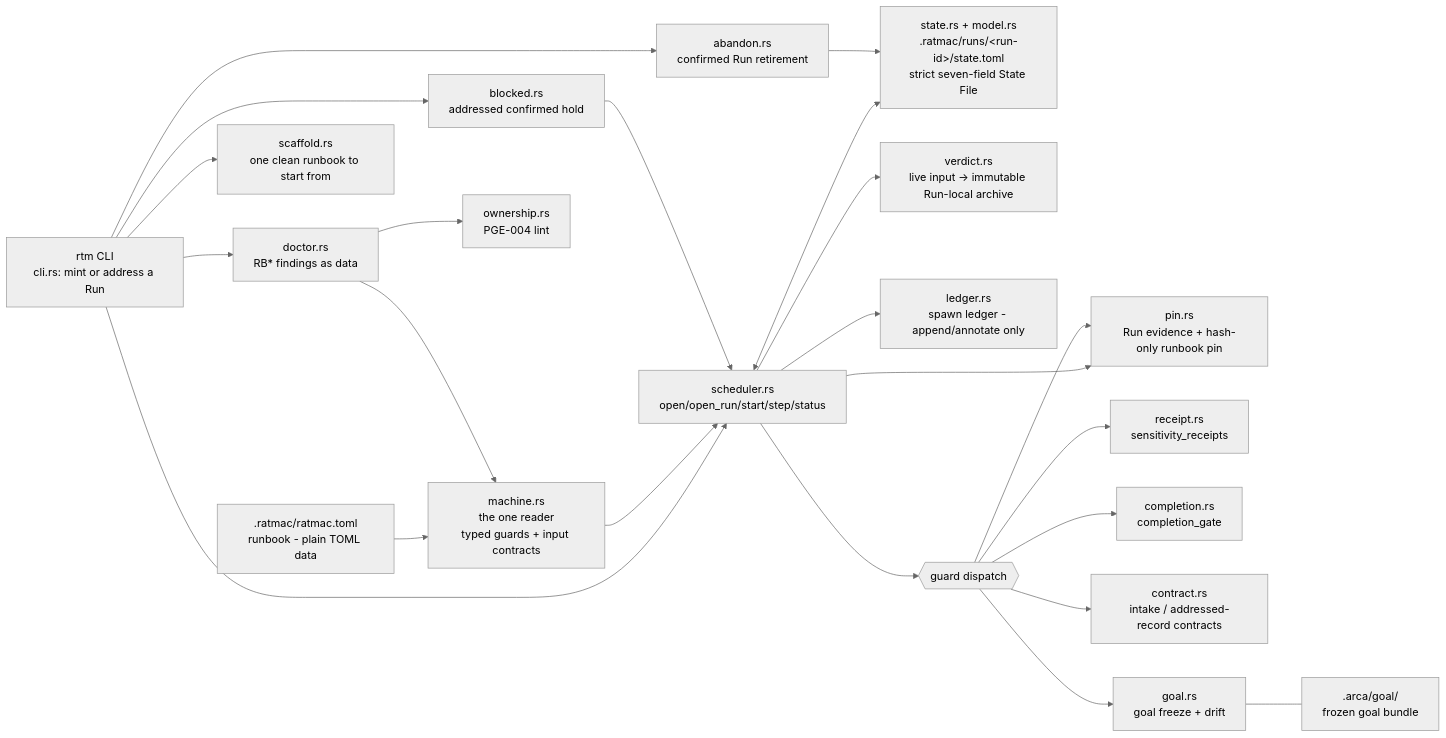
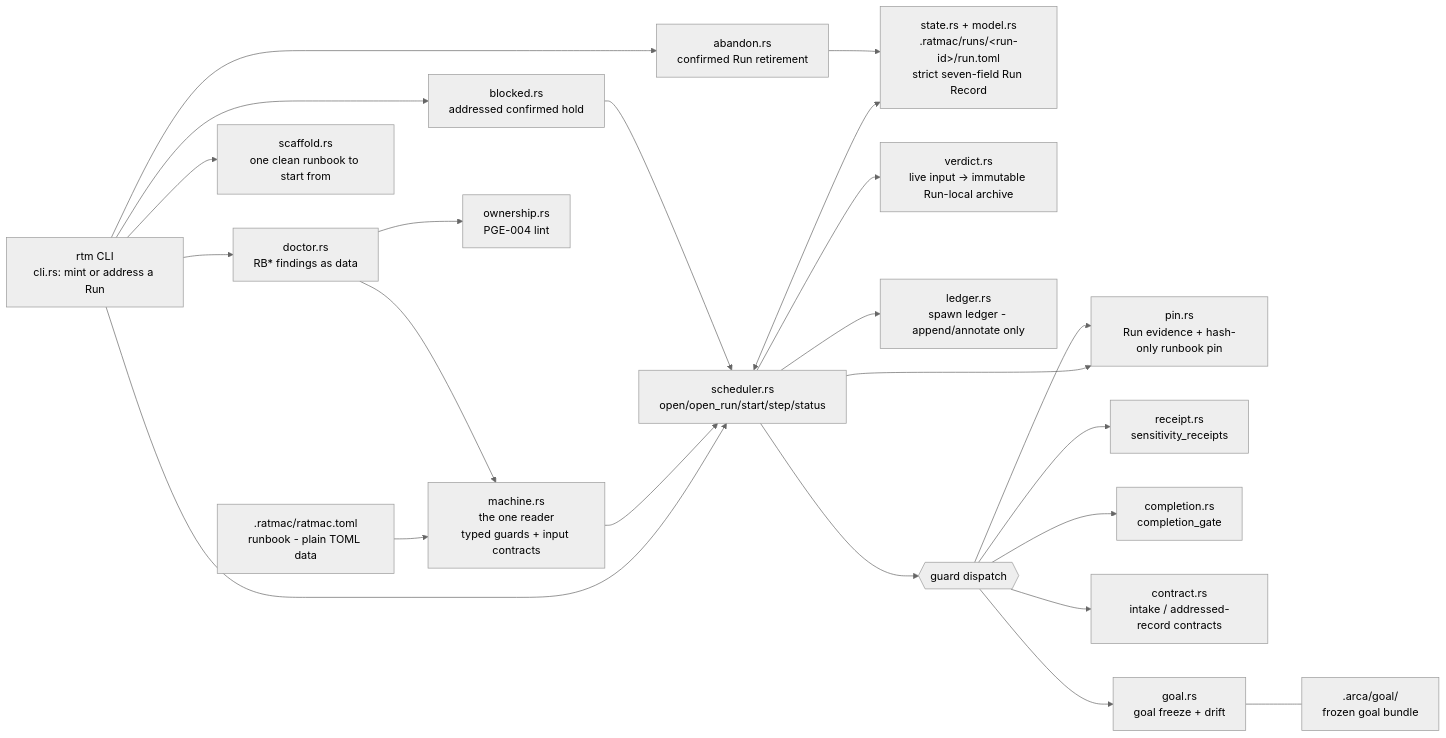
The diagram in .arca/index.md (egoisth777/ratmac), drawn with Mermaid (neutral theme) before and after one commit. The commit also changed other lines of this file and 50 other files, not shown here.

````diff
--- a/.arca/index.md
+++ b/.arca/index.md
@@ -46,25 +43,25 @@
 ```mermaid
 flowchart LR
     CLI["rtm CLI<br/>cli.rs: mint or address a Run"] --> SCH["scheduler.rs<br/>open/open_run/start/step/status"]
     RB[".ratmac/ratmac.toml<br/>runbook - plain TOML data"] --> MC["machine.rs<br/>the one reader<br/>typed guards + input contracts"]
     MC --> SCH
-    SCH <--> ST["state.rs + model.rs<br/>.ratmac/runs/&lt;run-id&gt;/state.toml<br/>strict seven-field State File"]
+    SCH <--> ST["state.rs + model.rs<br/>.ratmac/runs/&lt;run-id&gt;/run.toml<br/>strict seven-field Run Record"]
     SCH --> PIN["pin.rs<br/>Run evidence + hash-only runbook pin"]
     SCH --> VER["verdict.rs<br/>live input -> immutable Run-local archive"]
     SCH --> LED["ledger.rs<br/>spawn ledger - append/annotate only"]
     SCH --> G{{guard dispatch}}
     G --> PIN
     G --> REC["receipt.rs<br/>sensitivity_receipts"]
     G --> COM["completion.rs<br/>completion_gate"]
     G --> CON["contract.rs<br/>intake / addressed-record contracts"]
     G --> GOL["goal.rs<br/>goal freeze + drift"]
     CLI --> HLD["blocked.rs<br/>addressed confirmed hold"]
     HLD --> SCH
     CLI --> ABN["abandon.rs<br/>confirmed Run retirement"]
     ABN --> ST
     GOL --- GB[".arca/goal/<br/>frozen goal bundle"]
     CLI --> DOC["doctor.rs<br/>RB* findings as data"]
     CLI --> SCA["scaffold.rs<br/>one clean runbook to start from"]
     DOC --> MC
     DOC --> OWN["ownership.rs<br/>PGE-004 lint"]
 ```
````
